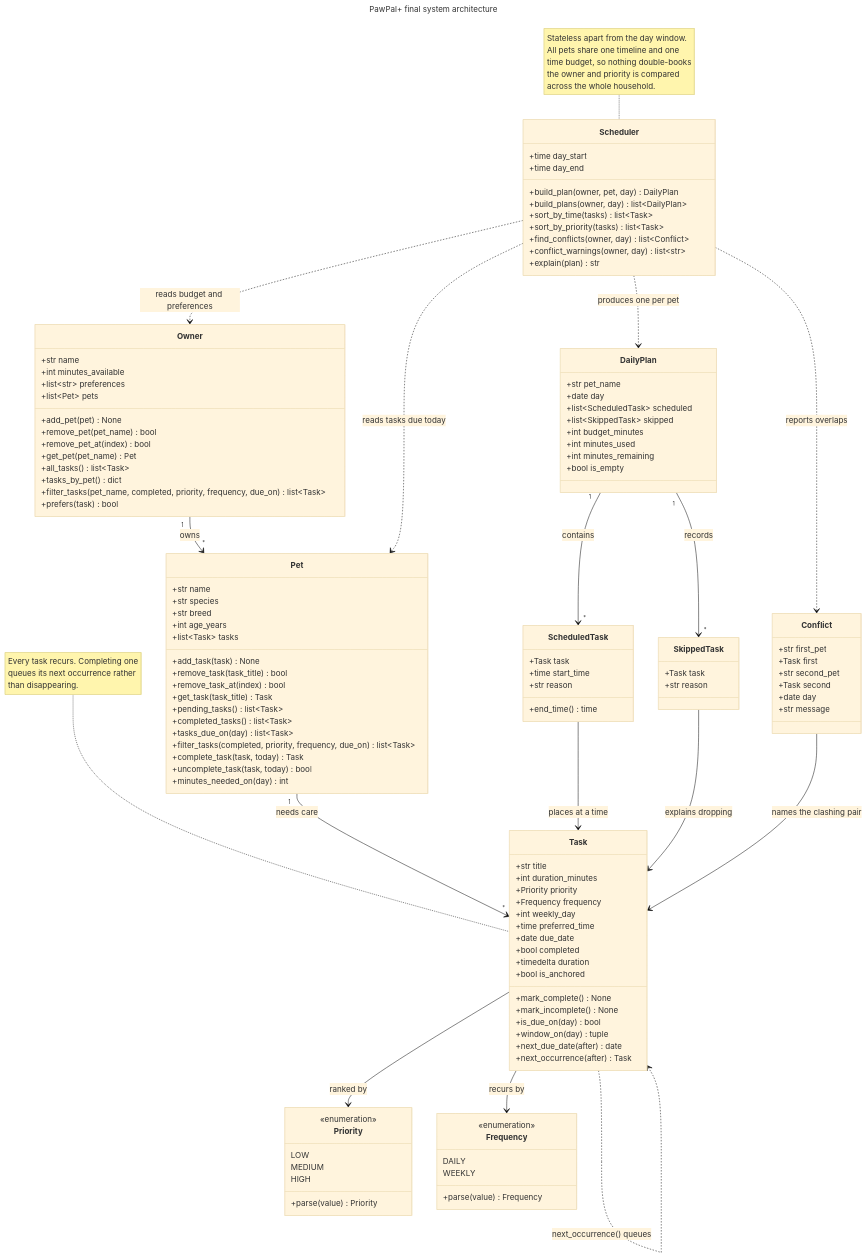
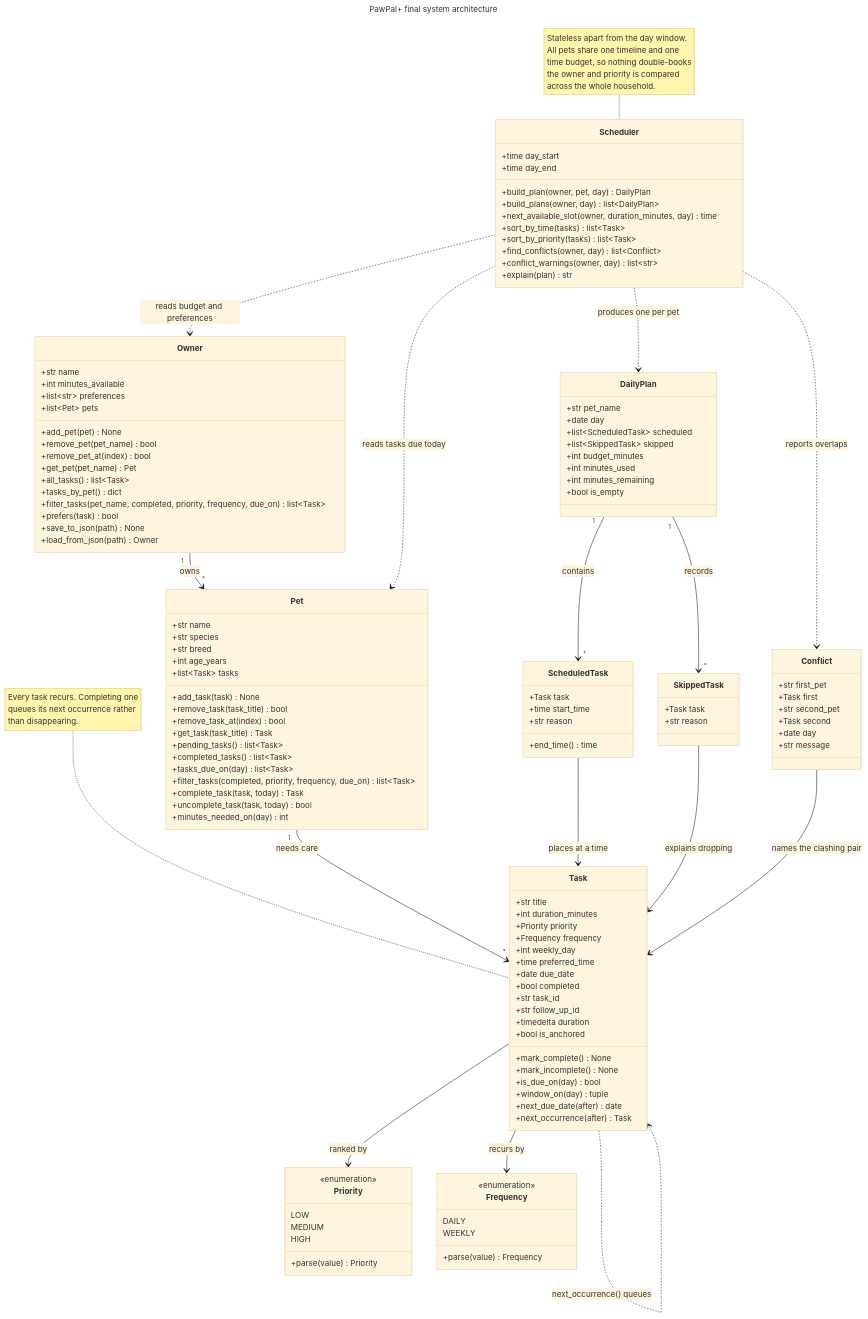
The diagram in diagrams/uml_final.mmd (Somama12/Assign3), drawn with Mermaid (base theme) before and after one commit. The commit also changed 5 other files, not shown here.

```diff
--- a/diagrams/uml_final.mmd
+++ b/diagrams/uml_final.mmd
@@ -1,149 +1,154 @@
 ---
 title: PawPal+ final system architecture
 ---
 classDiagram
     %% Final design, Phase 6. Matches pawpal_system.py member for member.
     %%
     %% Changed from the Phase 1 draft:
     %%   - Priority became an IntEnum so it sorts directly; Frequency added
     %%   - ScheduledTask / SkippedTask / DailyPlan added, so a plan carries
     %%     clock times, what was dropped, and the reason for each
     %%   - Conflict added, so overlaps are reported instead of only avoided
     %%   - Task gained due_date + recurrence, so completing one queues the next
     %%   - Scheduler lost its own copy of the time budget and reads the Owner
     %%
     %% Dependencies point one way only: app.py (UI) and main.py (CLI) both
     %% import this layer, and nothing here imports Streamlit. That is what lets
     %% the same logic be driven from a browser, a terminal and the tests.
 
     class Owner {
         +str name
         +int minutes_available
         +list~str~ preferences
         +list~Pet~ pets
         +add_pet(pet) None
         +remove_pet(pet_name) bool
         +remove_pet_at(index) bool
         +get_pet(pet_name) Pet
         +all_tasks() list~Task~
         +tasks_by_pet() dict
         +filter_tasks(pet_name, completed, priority, frequency, due_on) list~Task~
         +prefers(task) bool
+        +save_to_json(path) None
+        +load_from_json(path) Owner
     }
 
     class Pet {
         +str name
         +str species
         +str breed
         +int age_years
         +list~Task~ tasks
         +add_task(task) None
         +remove_task(task_title) bool
         +remove_task_at(index) bool
         +get_task(task_title) Task
         +pending_tasks() list~Task~
         +completed_tasks() list~Task~
         +tasks_due_on(day) list~Task~
         +filter_tasks(completed, priority, frequency, due_on) list~Task~
         +complete_task(task, today) Task
         +uncomplete_task(task, today) bool
         +minutes_needed_on(day) int
     }
 
     class Task {
         +str title
         +int duration_minutes
         +Priority priority
         +Frequency frequency
         +int weekly_day
         +time preferred_time
         +date due_date
         +bool completed
+        +str task_id
+        +str follow_up_id
         +timedelta duration
         +bool is_anchored
         +mark_complete() None
         +mark_incomplete() None
         +is_due_on(day) bool
         +window_on(day) tuple
         +next_due_date(after) date
         +next_occurrence(after) Task
     }
 
     class Priority {
         <<enumeration>>
         LOW
         MEDIUM
         HIGH
         +parse(value) Priority
     }
 
     class Frequency {
         <<enumeration>>
         DAILY
         WEEKLY
         +parse(value) Frequency
     }
 
     class Scheduler {
         +time day_start
         +time day_end
         +build_plan(owner, pet, day) DailyPlan
         +build_plans(owner, day) list~DailyPlan~
+        +next_available_slot(owner, duration_minutes, day) time
         +sort_by_time(tasks) list~Task~
         +sort_by_priority(tasks) list~Task~
         +find_conflicts(owner, day) list~Conflict~
         +conflict_warnings(owner, day) list~str~
         +explain(plan) str
     }
 
     class DailyPlan {
         +str pet_name
         +date day
         +list~ScheduledTask~ scheduled
         +list~SkippedTask~ skipped
         +int budget_minutes
         +int minutes_used
         +int minutes_remaining
         +bool is_empty
     }
 
     class ScheduledTask {
         +Task task
         +time start_time
         +str reason
         +end_time() time
     }
 
     class SkippedTask {
         +Task task
         +str reason
     }
 
     class Conflict {
         +str first_pet
         +Task first
         +str second_pet
         +Task second
         +date day
         +str message
     }
 
     Owner "1" --> "*" Pet : owns
     Pet "1" --> "*" Task : needs care
     Task --> Priority : ranked by
     Task --> Frequency : recurs by
     Task ..> Task : next_occurrence() queues
 
     Scheduler ..> Owner : reads budget and preferences
     Scheduler ..> Pet : reads tasks due today
     Scheduler ..> DailyPlan : produces one per pet
     Scheduler ..> Conflict : reports overlaps
 
     DailyPlan "1" --> "*" ScheduledTask : contains
     DailyPlan "1" --> "*" SkippedTask : records
     ScheduledTask --> Task : places at a time
     SkippedTask --> Task : explains dropping
     Conflict --> Task : names the clashing pair
 
     note for Scheduler "Stateless apart from the day window.<br/>All pets share one timeline and one<br/>time budget, so nothing double-books<br/>the owner and priority is compared<br/>across the whole household."
     note for Task "Every task recurs. Completing one<br/>queues its next occurrence rather<br/>than disappearing."
```
